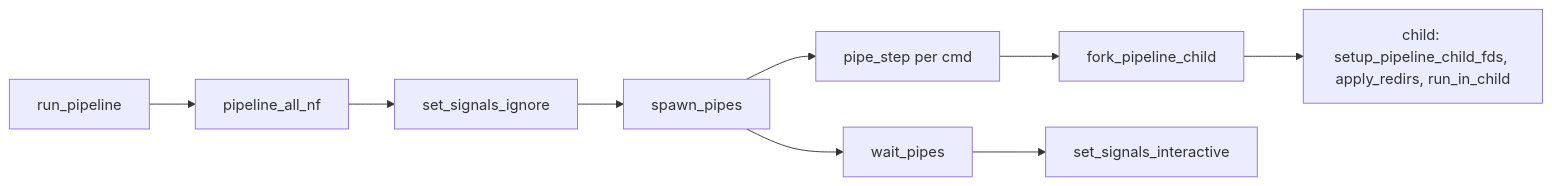
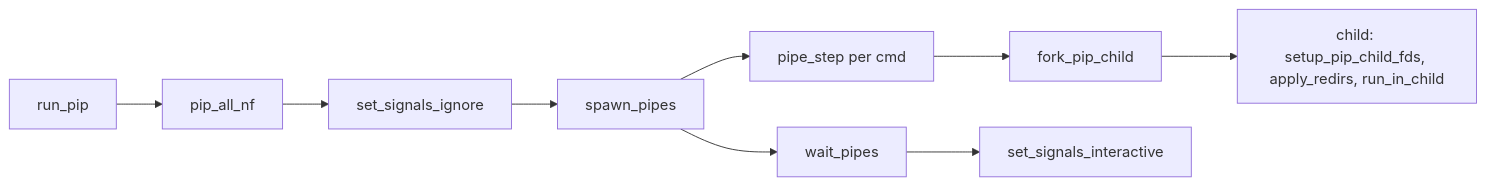
Diagram 13 of 14 in docs/MINISHELL_ARCHITECTURE.md (gkhavari/minishell), drawn with Mermaid before and after one commit. The commit also changed other lines of this file and 45 other files, not shown here.

````diff
--- a/docs/MINISHELL_ARCHITECTURE.md
+++ b/docs/MINISHELL_ARCHITECTURE.md
@@ -903,11 +903,11 @@
 ```mermaid
 flowchart LR
-    EP[run_pipeline] --> NF[pipeline_all_nf]
+    EP[run_pip] --> NF[pip_all_nf]
     NF --> IGN[set_signals_ignore]
     IGN --> LOOP[spawn_pipes]
     LOOP --> RPS[pipe_step per cmd]
-    RPS --> FORK[fork_pipeline_child]
-    FORK --> CHILD[child: setup_pipeline_child_fds, apply_redirs, run_in_child]
+    RPS --> FORK[fork_pip_child]
+    FORK --> CHILD[child: setup_pip_child_fds, apply_redirs, run_in_child]
     LOOP --> WAIT[wait_pipes]
     WAIT --> INT[set_signals_interactive]
 ```
````
